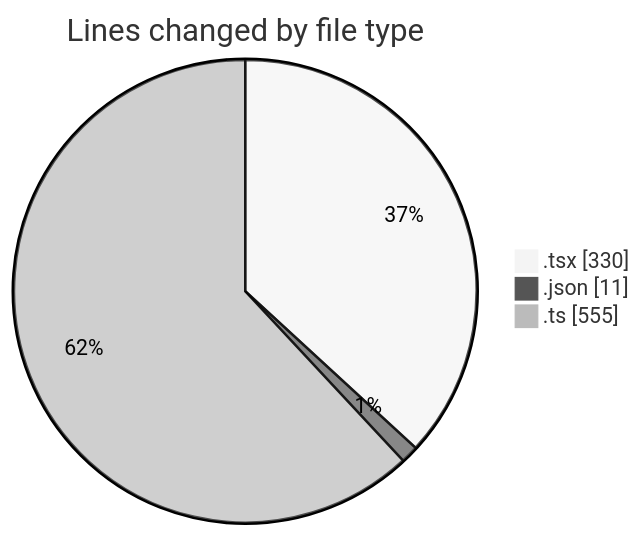
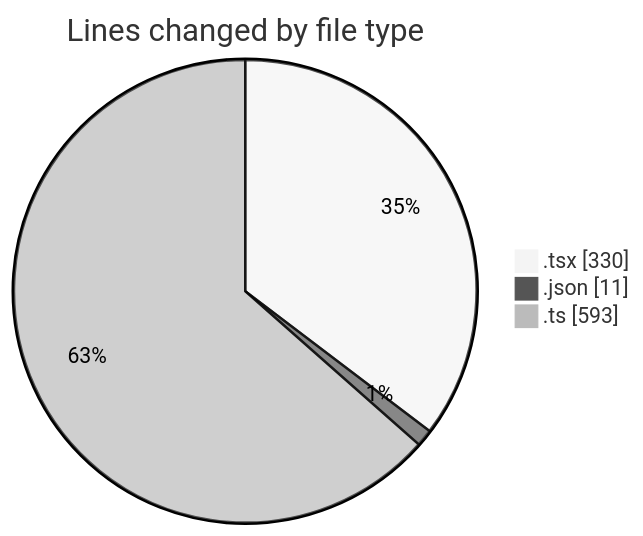
The first of 2 diagrams in 2025-05-12/cda/README.md (momahboobian/code-tracking), drawn with Mermaid (neutral theme) before and after one commit. The commit also changed other lines of this file and 1 other file, not shown here.

````diff
--- a/2025-05-12/cda/README.md
+++ b/2025-05-12/cda/README.md
@@ -31,7 +31,7 @@
 ```mermaid
 pie showData
 title Lines changed by file type
 ".tsx" : 330
 ".json" : 11
-".ts" : 555
+".ts" : 593
 ```
````
